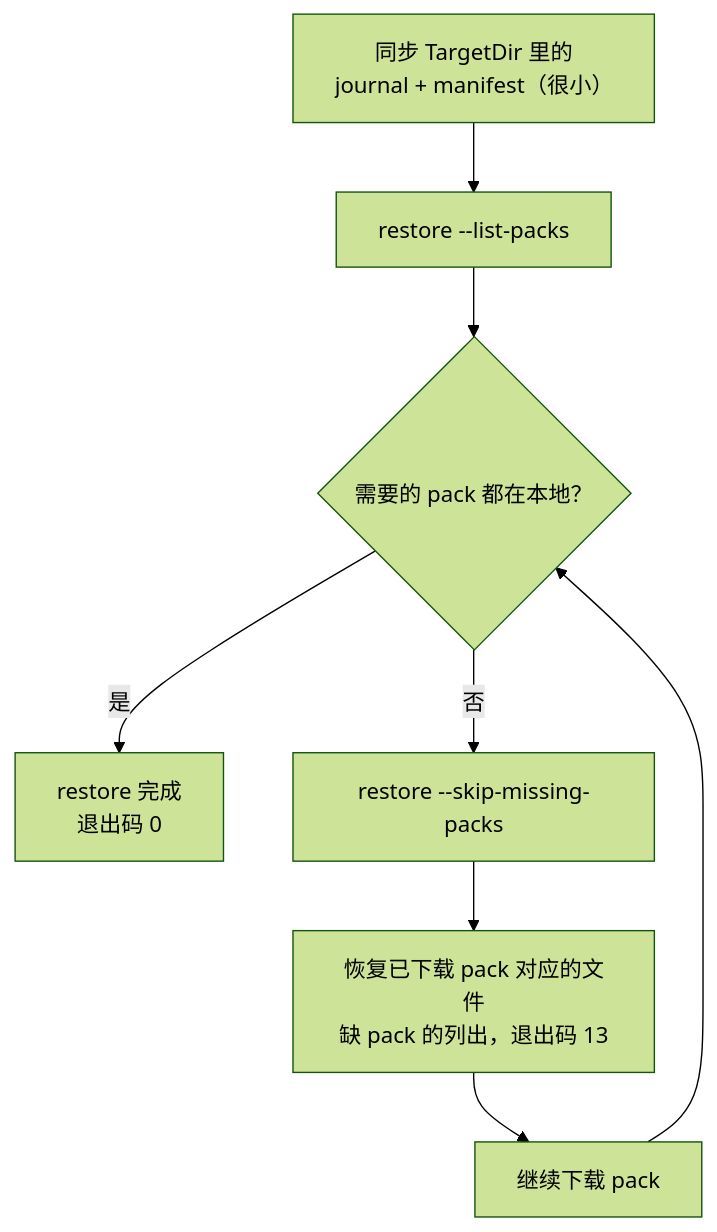
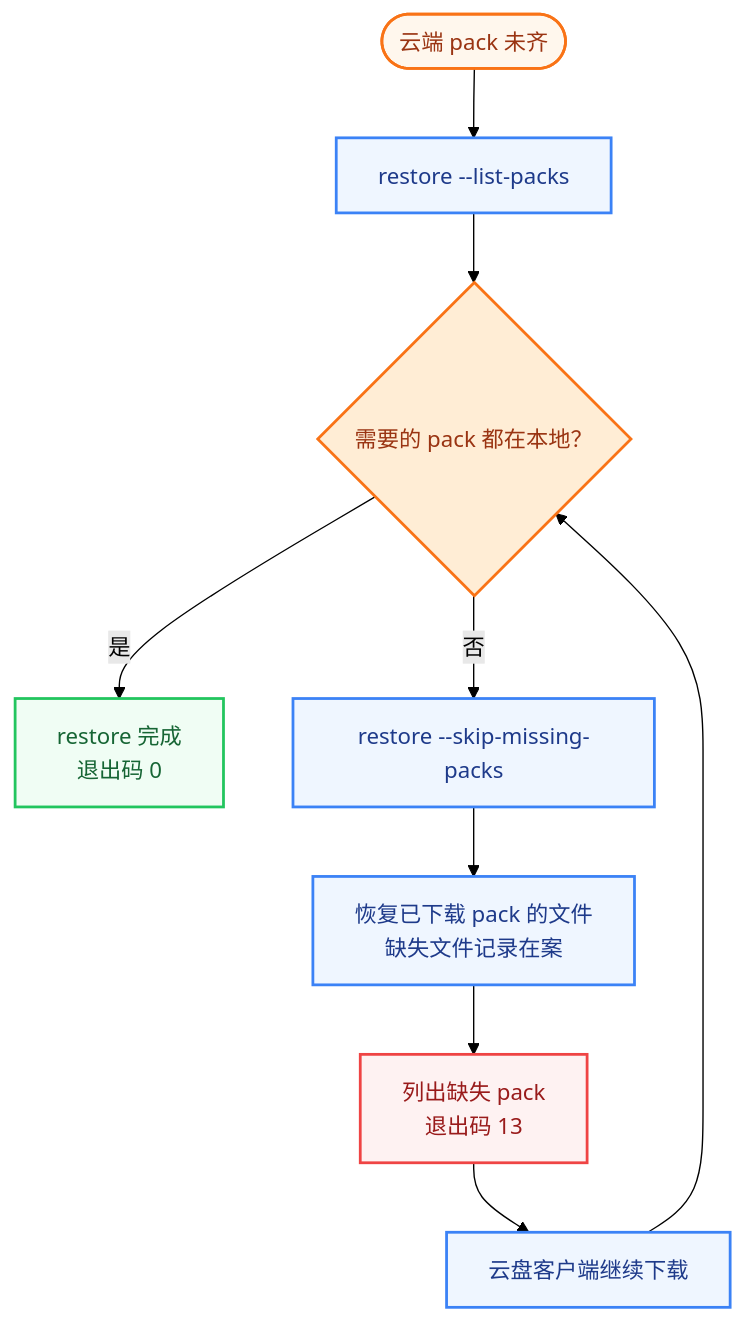
One commit to tangthinker/encry-immortals changed the third of 4 diagrams in README.md. Above: the diagram before and after it, drawn with Mermaid (forest theme). The commit also changed other lines of this file, not shown here.

First line of the commit message:
docs: give README diagrams semantic roles and clearer flow

````diff
--- a/README.md
+++ b/README.md
@@ -142,10 +177,22 @@
 ```mermaid
 flowchart TD
-    A["同步 TargetDir 里的<br/>journal + manifest（很小）"] --> B["restore --list-packs"]
+    A(["云端 pack 未齐"]) --> B["restore --list-packs"]
     B --> C{"需要的 pack 都在本地？"}
     C -->|是| D["restore 完成<br/>退出码 0"]
     C -->|否| E["restore --skip-missing-packs"]
-    E --> F["恢复已下载 pack 对应的文件<br/>缺 pack 的列出，退出码 13"]
-    F --> G["继续下载 pack"]
-    G --> C
+    E --> F["恢复已下载 pack 的文件<br/>缺失文件记录在案"]
+    F --> G["列出缺失 pack<br/>退出码 13"]
+    G --> H["云盘客户端继续下载"]
+    H --> C
+
+    classDef entry fill:#FFF7ED,stroke:#F97316,stroke-width:2px,color:#9A3412
+    classDef process fill:#EFF6FF,stroke:#3B82F6,stroke-width:2px,color:#1E3A8A
+    classDef decision fill:#FFEDD5,stroke:#F97316,stroke-width:2px,color:#9A3412
+    classDef success fill:#F0FDF4,stroke:#22C55E,stroke-width:2px,color:#166534
+    classDef danger fill:#FEF2F2,stroke:#EF4444,stroke-width:2px,color:#991B1B
+    class A entry
+    class B,E,F,H process
+    class C decision
+    class D success
+    class G danger
 ```
````
